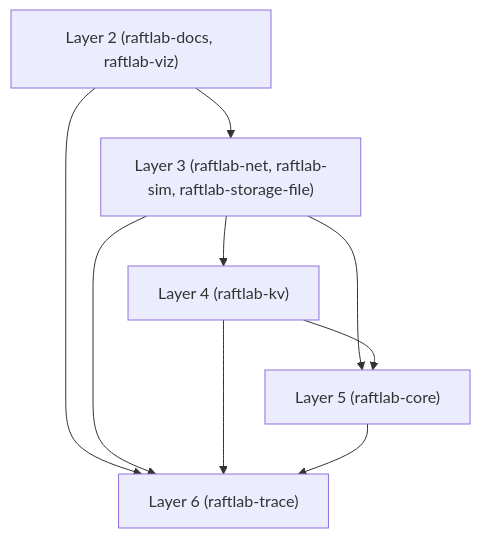
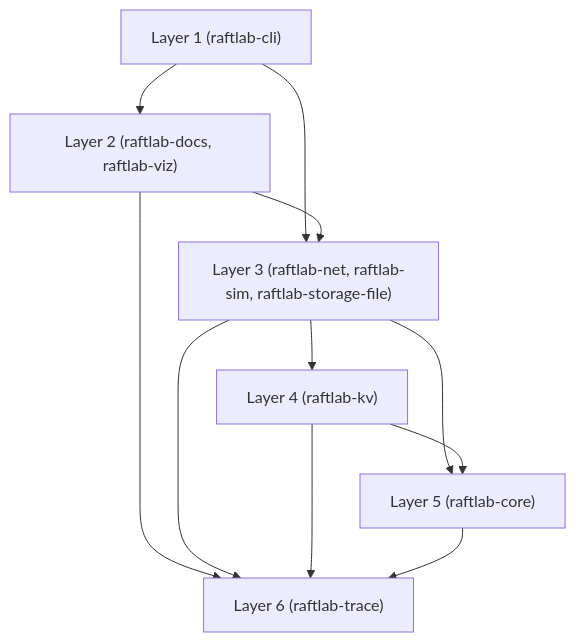
The diagram in README.md (ok0/raftlab), drawn with Mermaid before and after one commit. The commit also changed 30 other files, not shown here.

Commit message:
feat(cli): add raftlab command-line interface and cluster smoke script

````diff
--- a/README.md
+++ b/README.md
@@ -8,16 +8,19 @@
 ```mermaid
 flowchart TB
-    n0["Layer 2 (raftlab-docs, raftlab-viz)"]
-    n1["Layer 3 (raftlab-net, raftlab-sim, raftlab-storage-file)"]
-    n2["Layer 4 (raftlab-kv)"]
-    n3["Layer 5 (raftlab-core)"]
-    n4["Layer 6 (raftlab-trace)"]
+    n0["Layer 1 (raftlab-cli)"]
+    n1["Layer 2 (raftlab-docs, raftlab-viz)"]
+    n2["Layer 3 (raftlab-net, raftlab-sim, raftlab-storage-file)"]
+    n3["Layer 4 (raftlab-kv)"]
+    n4["Layer 5 (raftlab-core)"]
+    n5["Layer 6 (raftlab-trace)"]
     n0 --> n1
-    n0 --> n4
+    n0 --> n2
     n1 --> n2
-    n1 --> n3
-    n1 --> n4
+    n1 --> n5
     n2 --> n3
     n2 --> n4
+    n2 --> n5
     n3 --> n4
+    n3 --> n5
+    n4 --> n5
 ```
````
